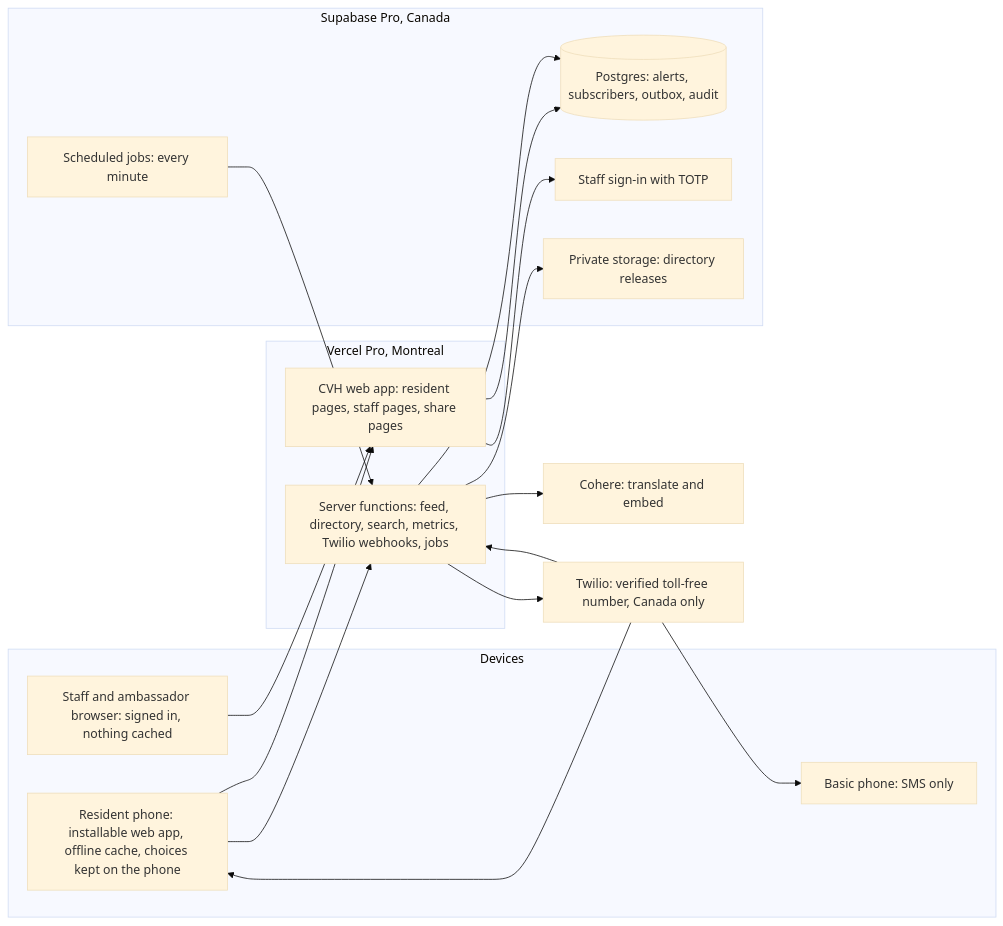
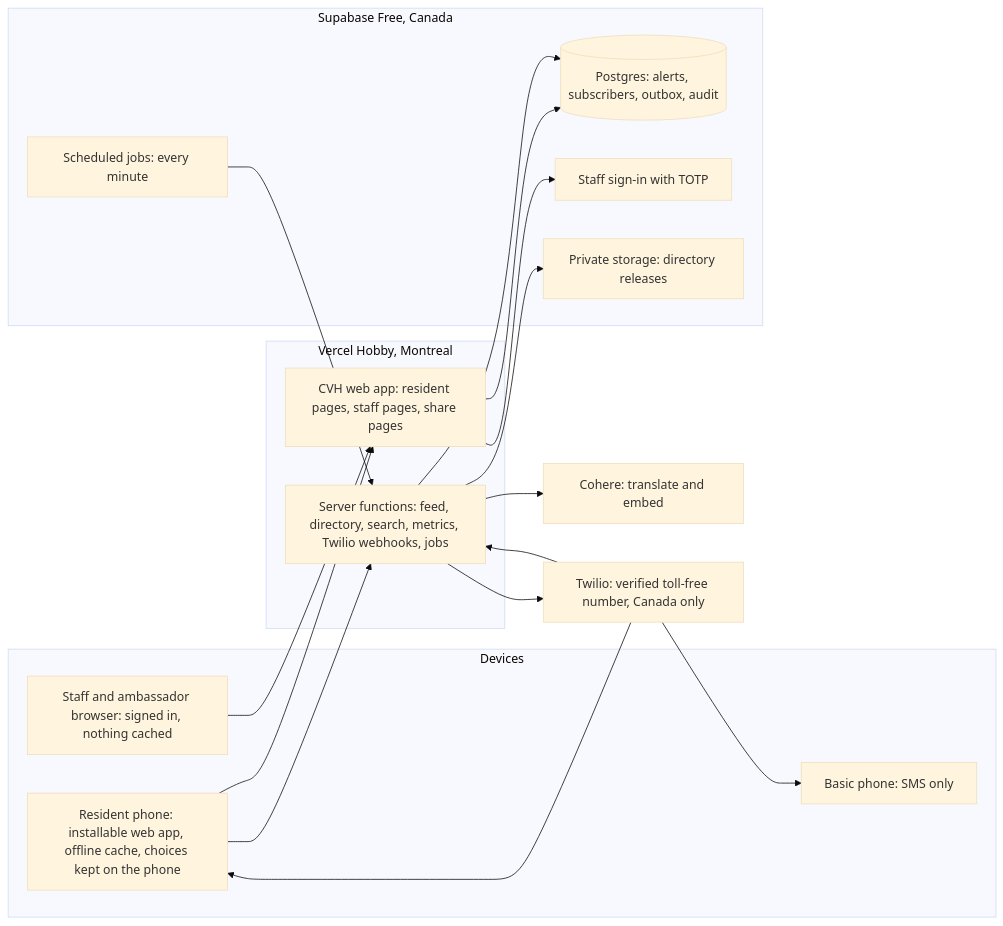
Before and after one commit to Climate-Resilient-Communities/thorncliffe-flemingdon-park-cvh-pilot: the diagram in docs/architecture/solution-design.md, drawn with Mermaid (base theme). The commit also changed other lines of this file and 3 other files, not shown here.

First line of the commit message:
docs: run the pilot on one free Supabase project

````diff
--- a/docs/architecture/solution-design.md
+++ b/docs/architecture/solution-design.md
@@ -112,33 +112,33 @@
 ```mermaid
 flowchart LR
   subgraph Devices
     R["Resident phone: installable web app, offline cache, choices kept on the phone"]
     P["Basic phone: SMS only"]
     S["Staff and ambassador browser: signed in, nothing cached"]
   end
-  subgraph Vercel["Vercel Pro, Montreal"]
+  subgraph Vercel["Vercel Hobby, Montreal"]
     W["CVH web app: resident pages, staff pages, share pages"]
     API["Server functions: feed, directory, search, metrics, Twilio webhooks, jobs"]
   end
-  subgraph Supabase["Supabase Pro, Canada"]
+  subgraph Supabase["Supabase Free, Canada"]
     PG[("Postgres: alerts, subscribers, outbox, audit")]
     AU["Staff sign-in with TOTP"]
     ST["Private storage: directory releases"]
     CR["Scheduled jobs: every minute"]
   end
   TW["Twilio: verified toll-free number, Canada only"]
   CO["Cohere: translate and embed"]
   R --> W
   R --> API
   S --> W
   W --> AU
   W --> PG
   API --> PG
   API --> ST
   API --> CO
   API --> TW
   TW --> API
   TW --> P
   TW --> R
   CR --> API
 ```
````
